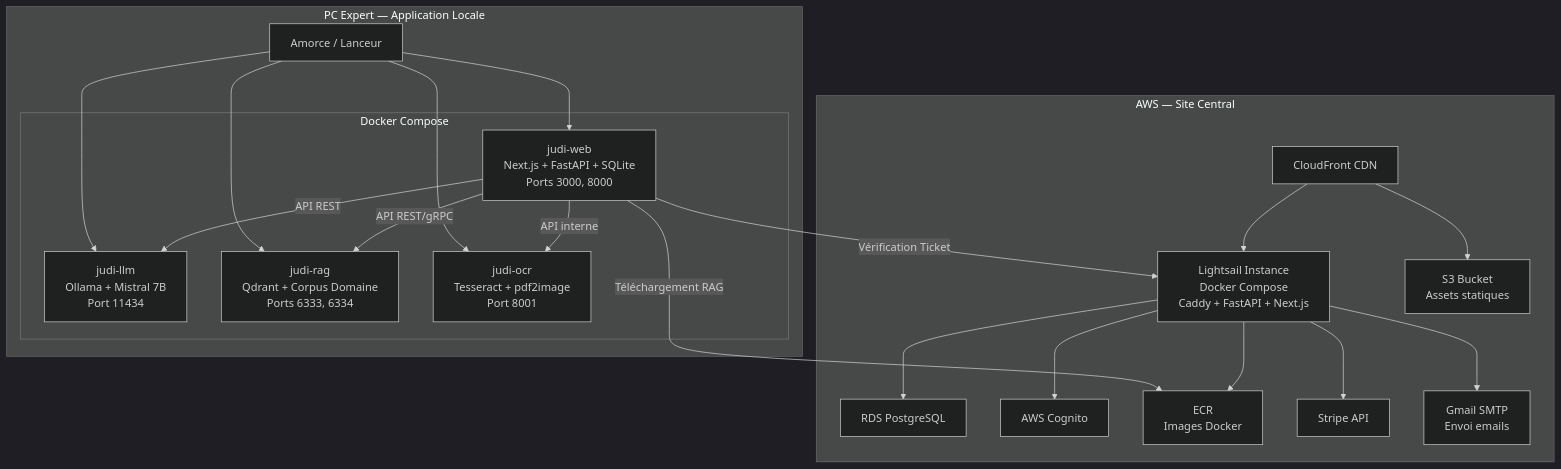
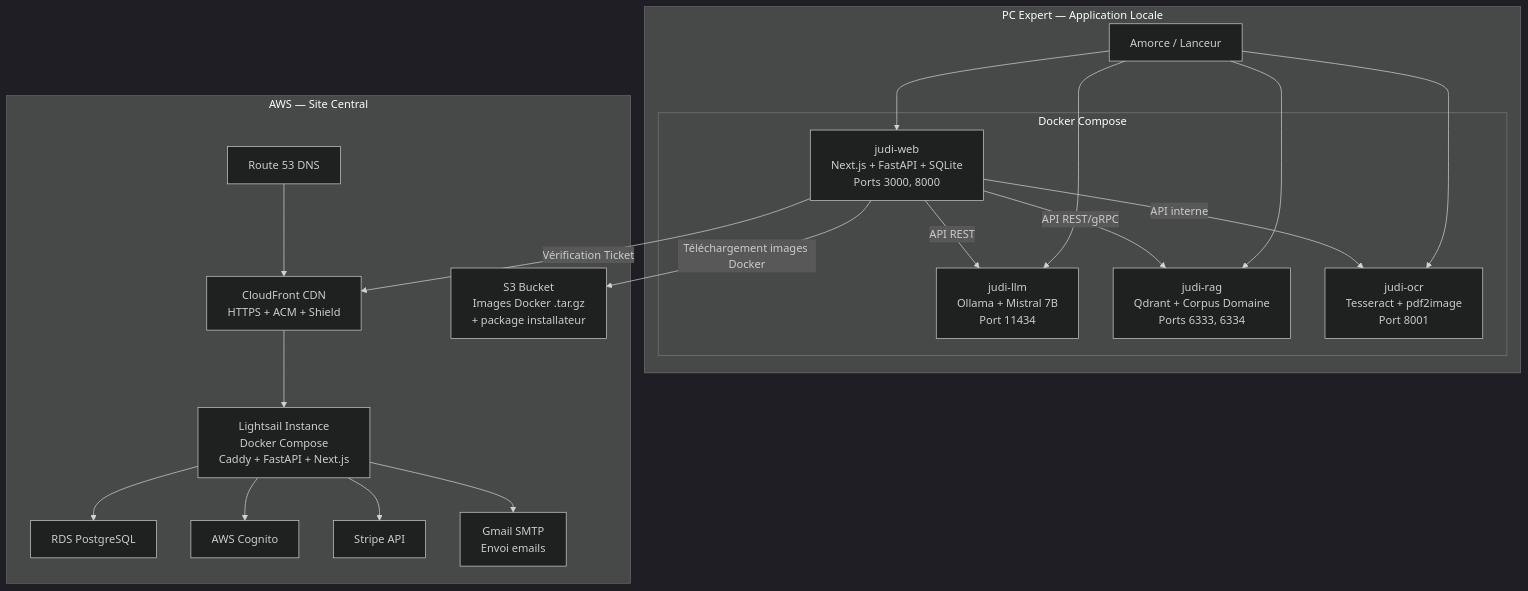
Before and after one commit to jmontiel-fr/judi-expert2: the first of 4 diagrams in docs/architecture.md, drawn with Mermaid (dark theme). The commit also changed other lines of this file and 57 other files, not shown here.

````diff
--- a/docs/architecture.md
+++ b/docs/architecture.md
@@ -24,40 +24,39 @@
 ```mermaid
 graph TB
     subgraph "PC Expert — Application Locale"
         AMORCE[Amorce / Lanceur]
         subgraph "Docker Compose"
             WEB[judi-web<br/>Next.js + FastAPI + SQLite<br/>Ports 3000, 8000]
             LLM_C[judi-llm<br/>Ollama + Mistral 7B<br/>Port 11434]
             RAG_C[judi-rag<br/>Qdrant + Corpus Domaine<br/>Ports 6333, 6334]
             OCR_C[judi-ocr<br/>Tesseract + pdf2image<br/>Port 8001]
         end
         AMORCE --> WEB
         AMORCE --> LLM_C
         AMORCE --> RAG_C
         AMORCE --> OCR_C
         WEB -->|API REST| LLM_C
         WEB -->|API REST/gRPC| RAG_C
         WEB -->|API interne| OCR_C
     end
 
     subgraph "AWS — Site Central"
-        CF[CloudFront CDN]
+        CF[CloudFront CDN<br/>HTTPS + ACM + Shield]
         LS[Lightsail Instance<br/>Docker Compose<br/>Caddy + FastAPI + Next.js]
         RDS[RDS PostgreSQL]
         COG[AWS Cognito]
-        S3[S3 Bucket<br/>Assets statiques]
-        ECR[ECR<br/>Images Docker]
+        R53[Route 53 DNS]
+        S3[S3 Bucket<br/>Images Docker .tar.gz<br/>+ package installateur]
         STRIPE[Stripe API]
         GMAIL[Gmail SMTP<br/>Envoi emails]
     end
 
-    WEB -->|Vérification Ticket| LS
-    WEB -->|Téléchargement RAG| ECR
-    CF --> S3
+    WEB -->|Vérification Ticket| CF
+    WEB -->|Téléchargement images Docker| S3
     CF --> LS
     LS --> RDS
     LS --> COG
     LS --> STRIPE
     LS --> GMAIL
-    LS --> ECR
+    R53 --> CF
 ```
````
